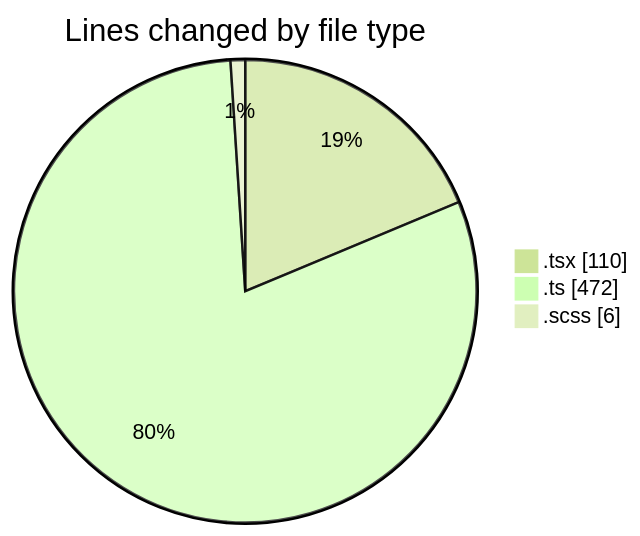
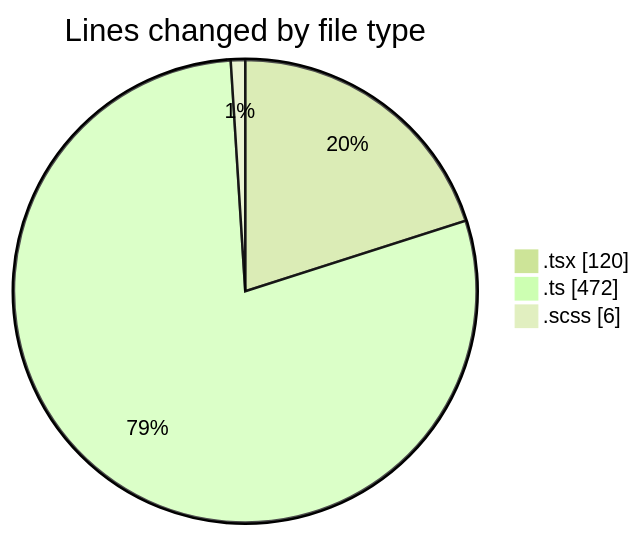
Before and after one commit to momahboobian/code-tracking: the first of 2 diagrams in 2025-10-07/cda/README.md, drawn with Mermaid (forest theme). The commit also changed other lines of this file and 1 other file, not shown here.

````diff
--- a/2025-10-07/cda/README.md
+++ b/2025-10-07/cda/README.md
@@ -25,7 +26,7 @@
 ```mermaid
 pie showData
 title Lines changed by file type
-".tsx" : 110
+".tsx" : 120
 ".ts" : 472
 ".scss" : 6
 ```
````
